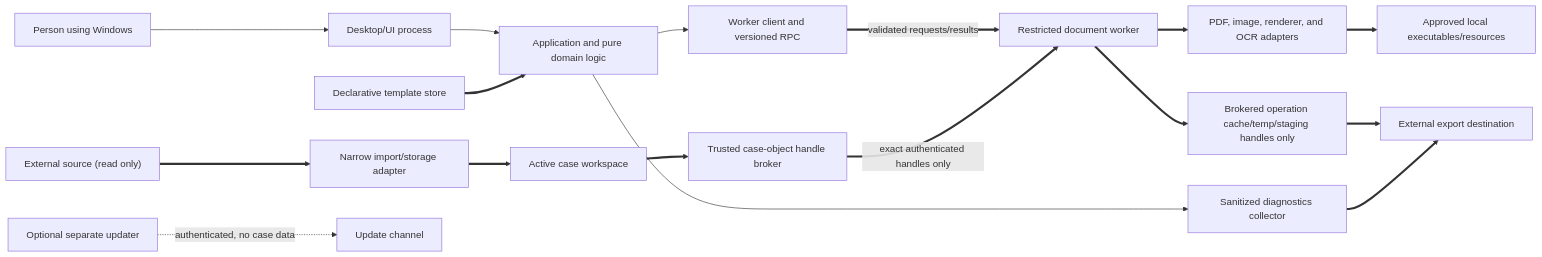
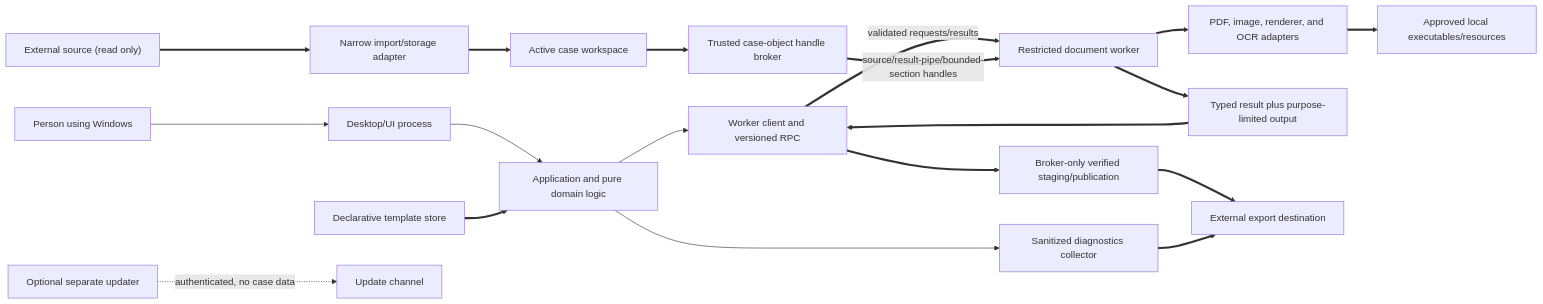
The first of 9 diagrams in docs/security/data-flows.md (PikkuJanne/PaperWorkShell), drawn with Mermaid before and after one commit. The commit also changed other lines of this file and 24 other files, not shown here.

Commit message:
PWS-0108 harden bounded thumbnail output

````diff
--- a/docs/security/data-flows.md
+++ b/docs/security/data-flows.md
@@ -19,19 +19,21 @@
 ```mermaid
 flowchart LR
     Person["Person using Windows"] --> UI["Desktop/UI process"]
     UI --> App["Application and pure domain logic"]
     App --> Broker["Worker client and versioned RPC"]
     Broker == "validated requests/results" ==> Worker["Restricted document worker"]
     Worker ==> Engines["PDF, image, renderer, and OCR adapters"]
     Engines ==> Tools["Approved local executables/resources"]
     Source["External source (read only)"] ==> Import["Narrow import/storage adapter"]
     Import ==> Case["Active case workspace"]
     Case ==> Handles["Trusted case-object handle broker"]
-    Handles == "exact authenticated handles only" ==> Worker
-    Worker ==> Stage["Brokered operation cache/temp/staging handles only"]
+    Handles == "source/result-pipe/bounded-section handles" ==> Worker
+    Worker ==> Result["Typed result plus purpose-limited output"]
+    Result ==> Broker
+    Broker ==> Stage["Broker-only verified staging/publication"]
     Stage ==> Destination["External export destination"]
     App --> Diagnostics["Sanitized diagnostics collector"]
     Diagnostics ==> Destination
     Template["Declarative template store"] ==> App
     Updater["Optional separate updater"] -. "authenticated, no case data" .-> Network["Update channel"]
 ```
````
